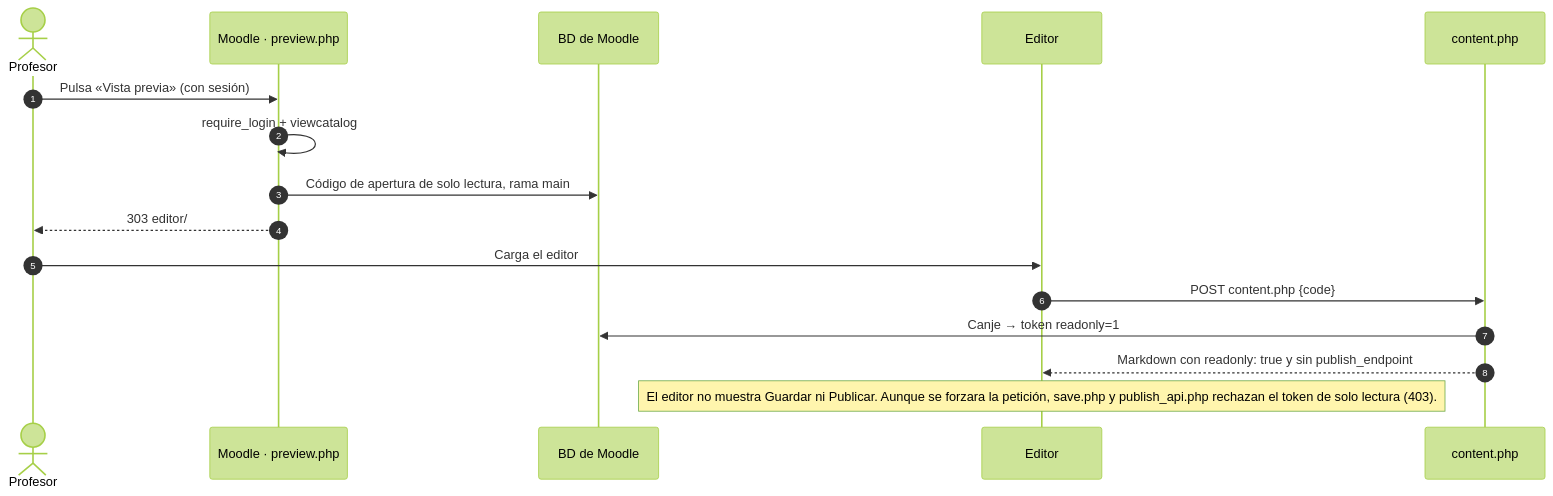
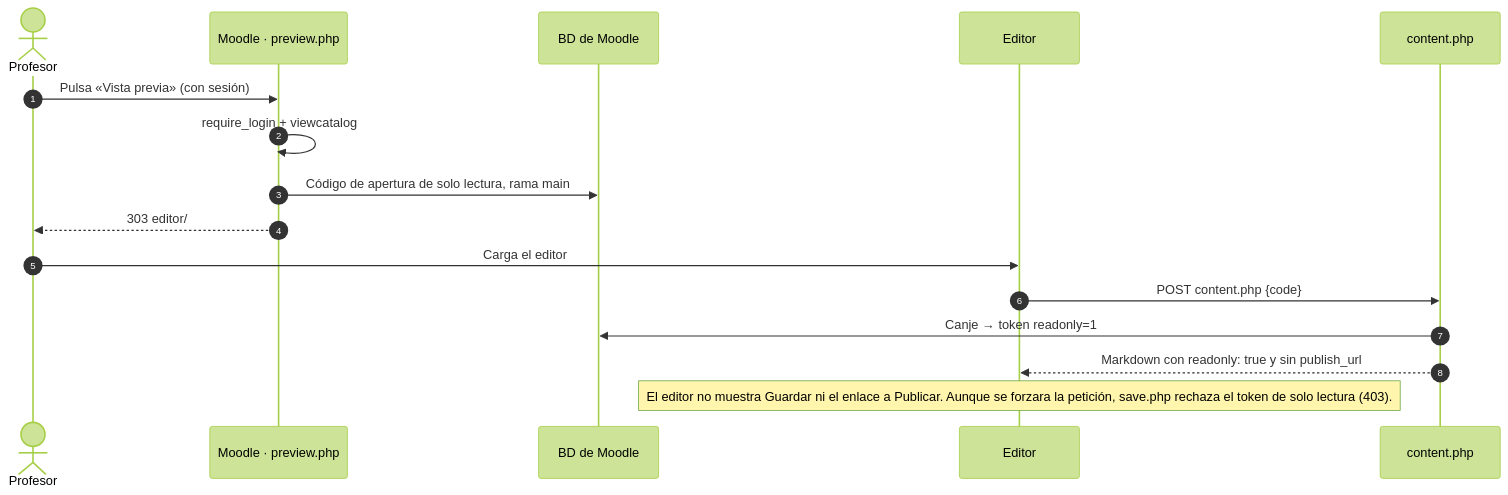
The fourth of 15 diagrams in docs/Seguridad — Evaluación del plugin local_liamateriales.md (darioaxel/moodle-liaeditor-git), drawn with Mermaid (forest theme) before and after one commit. The commit also changed other lines of this file and 13 other files, not shown here.

First line of the commit message:
Publicar solo desde el plugin: retirado publish_api.php (2.8.0)

````diff
--- a/docs/Seguridad — Evaluación del plugin local_liamateriales.md
+++ b/docs/Seguridad — Evaluación del plugin local_liamateriales.md
@@ -292,19 +293,19 @@
 ```mermaid
 sequenceDiagram
   autonumber
   actor P as Profesor
   participant M as Moodle · preview.php
   participant DB as BD de Moodle
   participant ED as Editor
   participant C as content.php
 
   P->>M: Pulsa «Vista previa» (con sesión)
   M->>M: require_login + viewcatalog
   M->>DB: Código de apertura de solo lectura, rama main
   M-->>P: 303 editor/#open=CÓDIGO&src=…
   P->>ED: Carga el editor
   ED->>C: POST content.php {code}
   C->>DB: Canje → token readonly=1
-  C-->>ED: Markdown con readonly: true y sin publish_endpoint
-  Note over ED: El editor no muestra Guardar ni Publicar. Aunque se forzara la petición, save.php y publish_api.php rechazan el token de solo lectura (403).
+  C-->>ED: Markdown con readonly: true y sin publish_url
+  Note over ED: El editor no muestra Guardar ni el enlace a Publicar. Aunque se forzara la petición, save.php rechaza el token de solo lectura (403).
 ```
````
